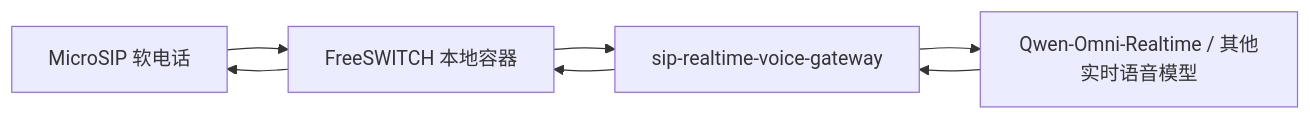
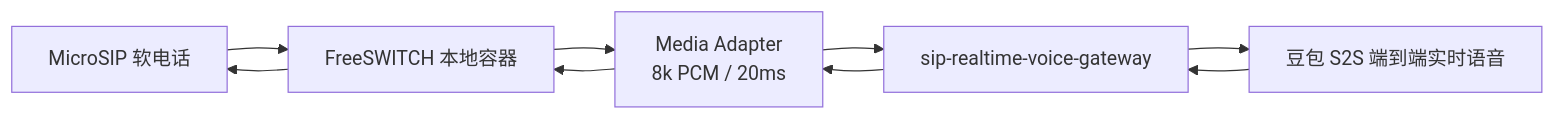
Before and after one commit to liuhongl/recov_ten: the first of 5 diagrams in SIP实时语音网关新项目方案.md, drawn with Mermaid. The commit also changed other lines of this file and 38 other files, not shown here.

````diff
--- a/SIP实时语音网关新项目方案.md
+++ b/SIP实时语音网关新项目方案.md
@@ -69,9 +56,11 @@
 ```mermaid
 flowchart LR
   A["MicroSIP 软电话"] --> B["FreeSWITCH 本地容器"]
-  B --> C["sip-realtime-voice-gateway"]
-  C --> D["Qwen-Omni-Realtime / 其他实时语音模型"]
+  B --> C["Media Adapter<br/>8k PCM / 20ms"]
+  C --> D["sip-realtime-voice-gateway"]
+  D --> E["豆包 S2S 端到端实时语音"]
+  E --> D
   D --> C
   C --> B
   B --> A
 ```
````
